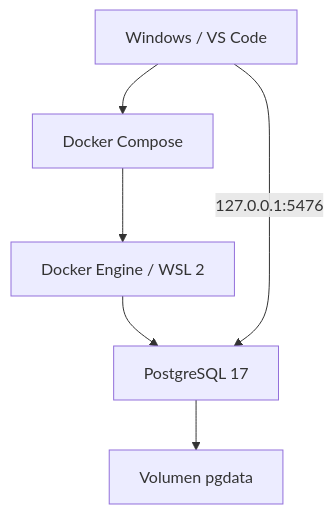
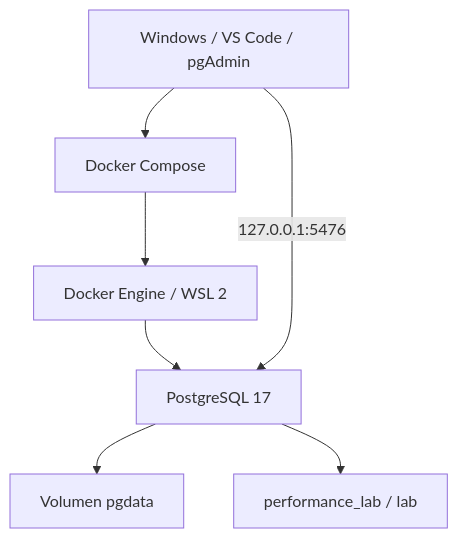
The first of 2 diagrams in docs/00-ambiente-reproducible.md (victorarellano/postgresql-performance-lab), drawn with Mermaid before and after one commit. The commit also changed other lines of this file and 6 other files, not shown here.

````diff
--- a/docs/00-ambiente-reproducible.md
+++ b/docs/00-ambiente-reproducible.md
@@ -18,8 +18,9 @@
 ```mermaid
 flowchart TD
- W[Windows / VS Code] --> C[Docker Compose]
+ W[Windows / VS Code / pgAdmin] --> C[Docker Compose]
  C --> D[Docker Engine / WSL 2]
  D --> P[PostgreSQL 17]
  P --> V[Volumen pgdata]
  W -->|127.0.0.1:5476| P
+ P --> B[performance_lab / lab]
 ```
````
